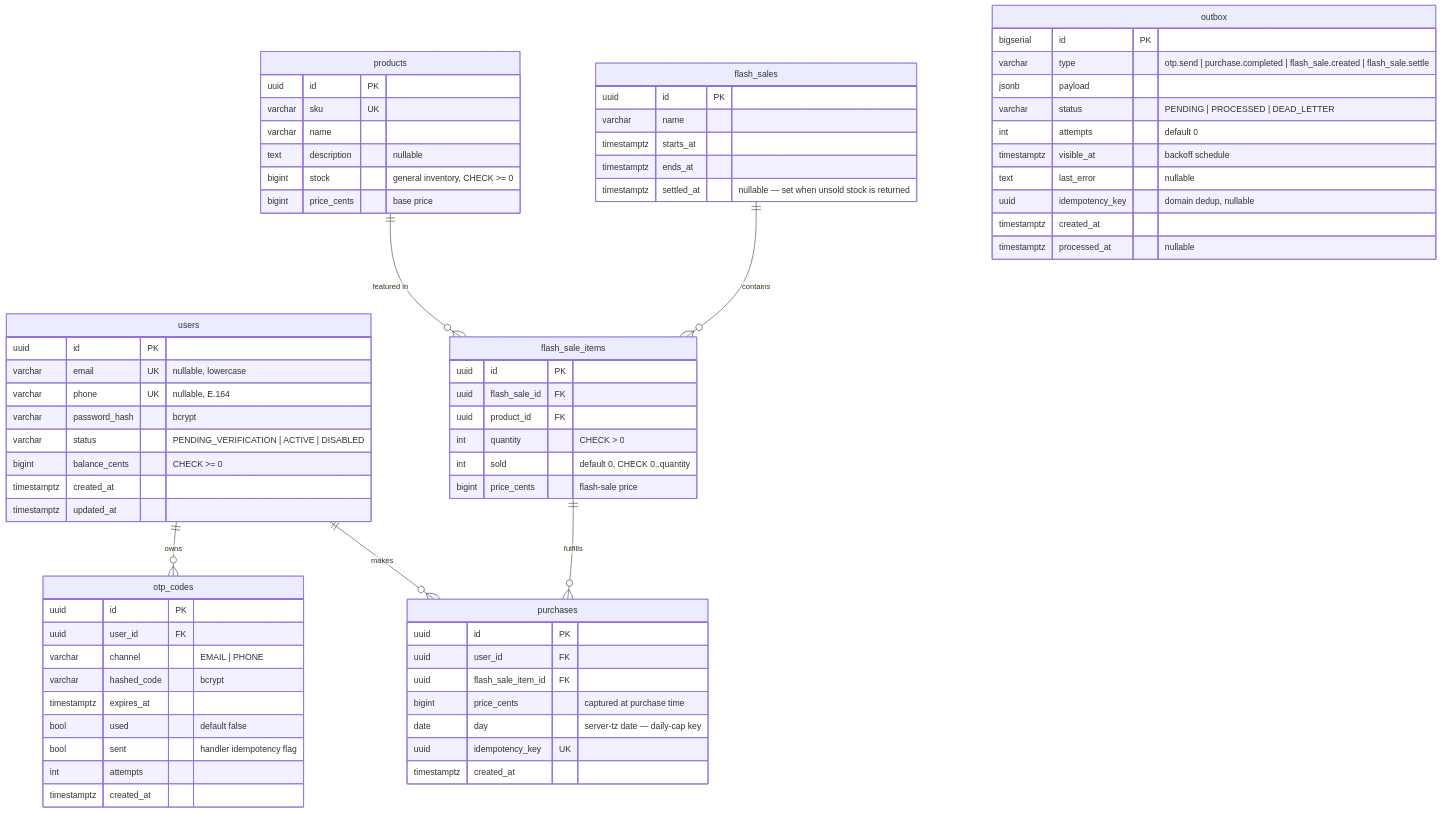
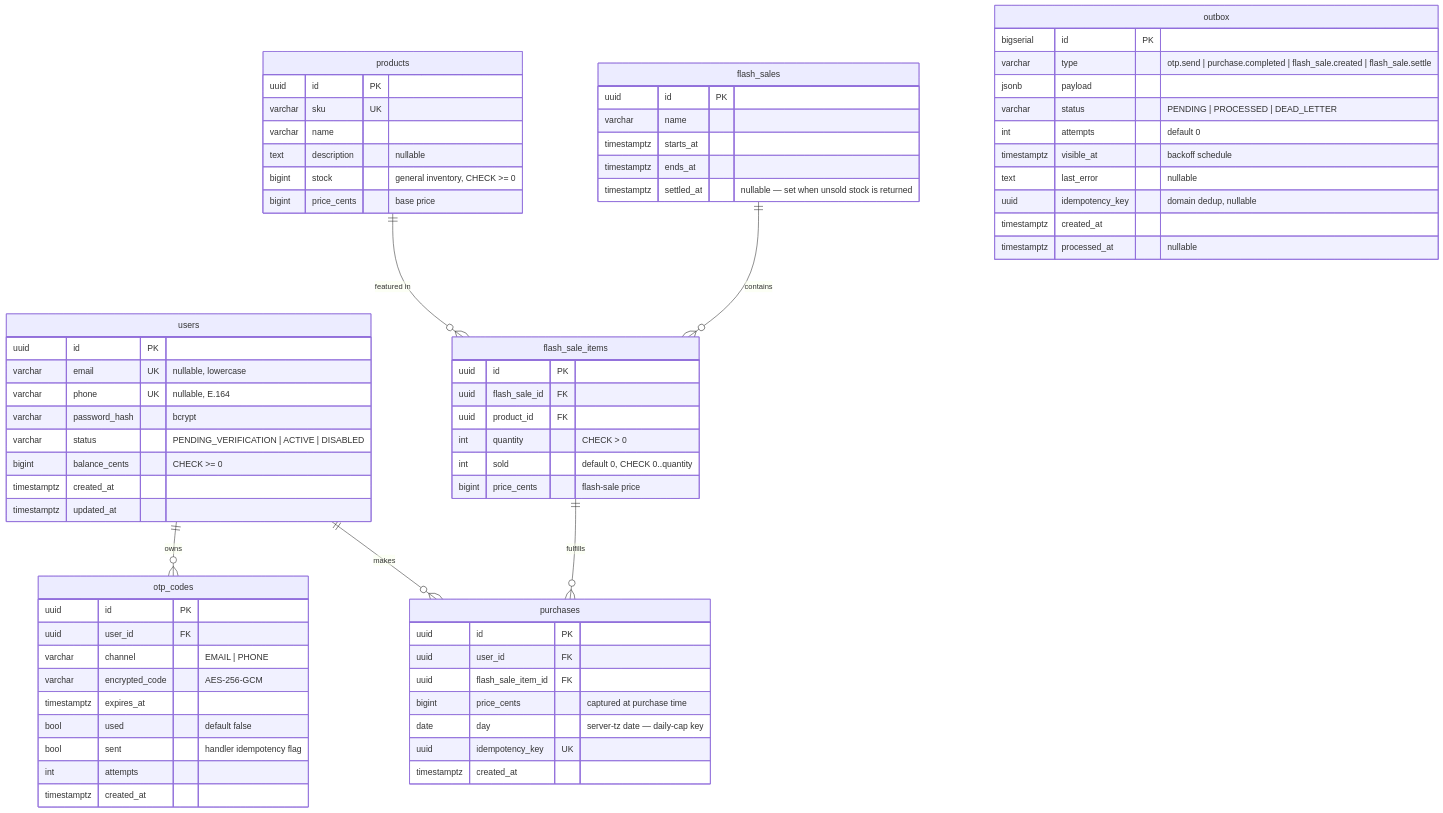
One commit to khuongnguyenBlue/flashsales-agapi changed the ninth of 10 diagrams in docs/DESIGN.md. Above: the diagram before and after it, drawn with Mermaid. The commit also changed other lines of this file and 2 other files, not shown here.

First line of the commit message:
docs(otp): update DESIGN.md and README to reflect AES-256-GCM OTP storage

````diff
--- a/docs/DESIGN.md
+++ b/docs/DESIGN.md
@@ -453,80 +453,80 @@
 ```mermaid
 erDiagram
     users ||--o{ otp_codes : "owns"
     users ||--o{ purchases : "makes"
     products ||--o{ flash_sale_items : "featured in"
     flash_sales ||--o{ flash_sale_items : "contains"
     flash_sale_items ||--o{ purchases : "fulfills"
 
     users {
         uuid id PK
         varchar email UK "nullable, lowercase"
         varchar phone UK "nullable, E.164"
         varchar password_hash "bcrypt"
         varchar status "PENDING_VERIFICATION | ACTIVE | DISABLED"
         bigint balance_cents "CHECK >= 0"
         timestamptz created_at
         timestamptz updated_at
     }
 
     otp_codes {
         uuid id PK
         uuid user_id FK
         varchar channel "EMAIL | PHONE"
-        varchar hashed_code "bcrypt"
+        varchar encrypted_code "AES-256-GCM"
         timestamptz expires_at
         bool used "default false"
         bool sent "handler idempotency flag"
         int attempts
         timestamptz created_at
     }
 
     products {
         uuid id PK
         varchar sku UK
         varchar name
         text description "nullable"
         bigint stock "general inventory, CHECK >= 0"
         bigint price_cents "base price"
     }
 
     flash_sales {
         uuid id PK
         varchar name
         timestamptz starts_at
         timestamptz ends_at
         timestamptz settled_at "nullable — set when unsold stock is returned"
     }
 
     flash_sale_items {
         uuid id PK
         uuid flash_sale_id FK
         uuid product_id FK
         int quantity "CHECK > 0"
         int sold "default 0, CHECK 0..quantity"
         bigint price_cents "flash-sale price"
     }
 
     purchases {
         uuid id PK
         uuid user_id FK
         uuid flash_sale_item_id FK
         bigint price_cents "captured at purchase time"
         date day "server-tz date — daily-cap key"
         uuid idempotency_key UK
         timestamptz created_at
     }
 
     outbox {
         bigserial id PK
         varchar type "otp.send | purchase.completed | flash_sale.created | flash_sale.settle"
         jsonb payload
         varchar status "PENDING | PROCESSED | DEAD_LETTER"
         int attempts "default 0"
         timestamptz visible_at "backoff schedule"
         text last_error "nullable"
         uuid idempotency_key "domain dedup, nullable"
         timestamptz created_at
         timestamptz processed_at "nullable"
     }
 ```
````
